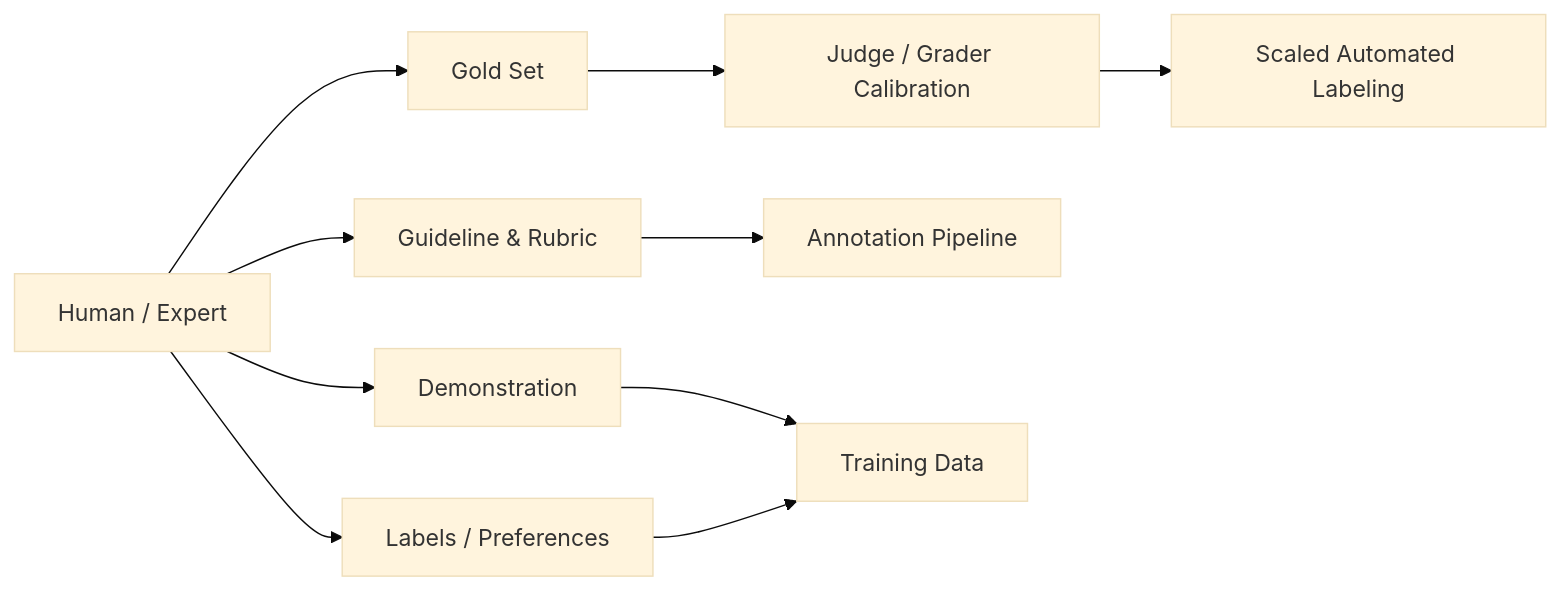
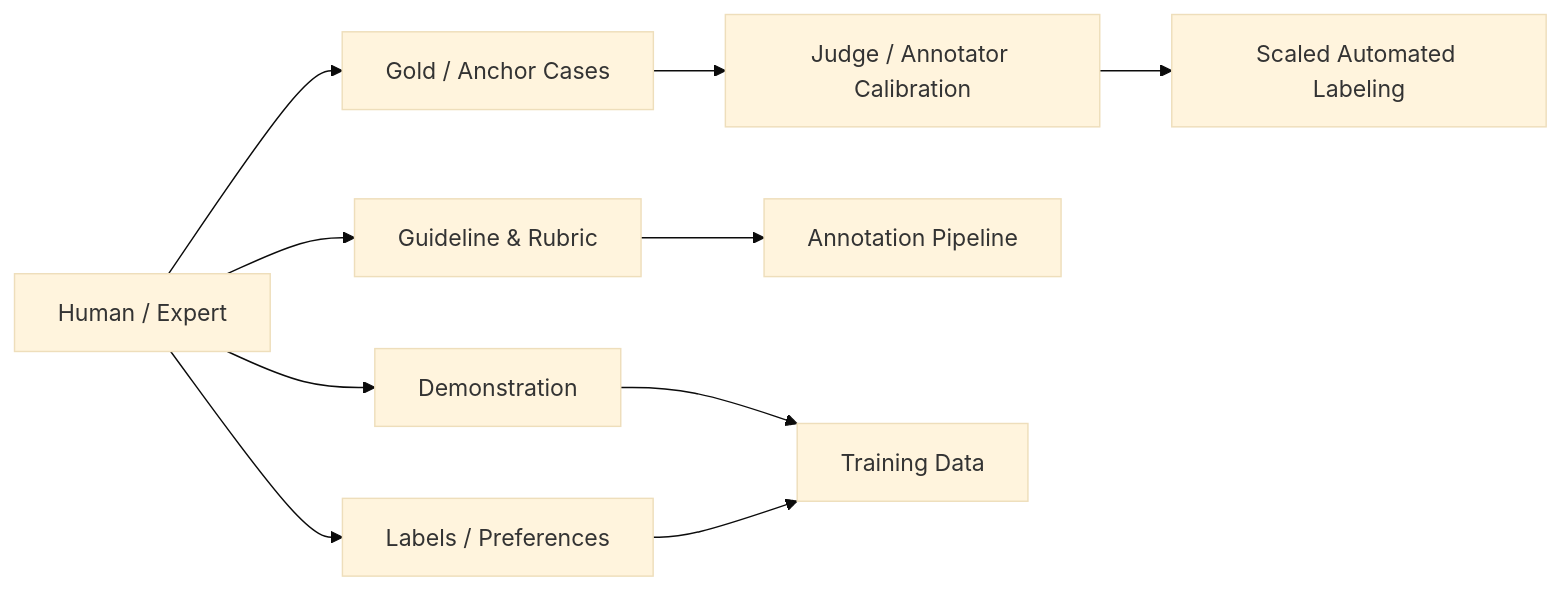
Before and after one commit to JiangHui0203/Homework: the first of 3 diagrams in LLM_Agent_Data/06_Human_Data_Annotation_and_Quality_Control.md, drawn with Mermaid (base theme). The commit also changed other lines of this file, not shown here.

````diff
--- a/LLM_Agent_Data/06_Human_Data_Annotation_and_Quality_Control.md
+++ b/LLM_Agent_Data/06_Human_Data_Annotation_and_Quality_Control.md
@@ -50,12 +53,12 @@
 ```mermaid
 flowchart LR
     H[Human / Expert] --> G[Guideline & Rubric]
     H --> D[Demonstration]
     H --> L[Labels / Preferences]
-    H --> Gold[Gold Set]
-    Gold --> J[Judge / Grader Calibration]
+    H --> Gold[Gold / Anchor Cases]
+    Gold --> J[Judge / Annotator Calibration]
     G --> A[Annotation Pipeline]
     D --> T[Training Data]
     L --> T
     J --> Auto[Scaled Automated Labeling]
 ```
````
